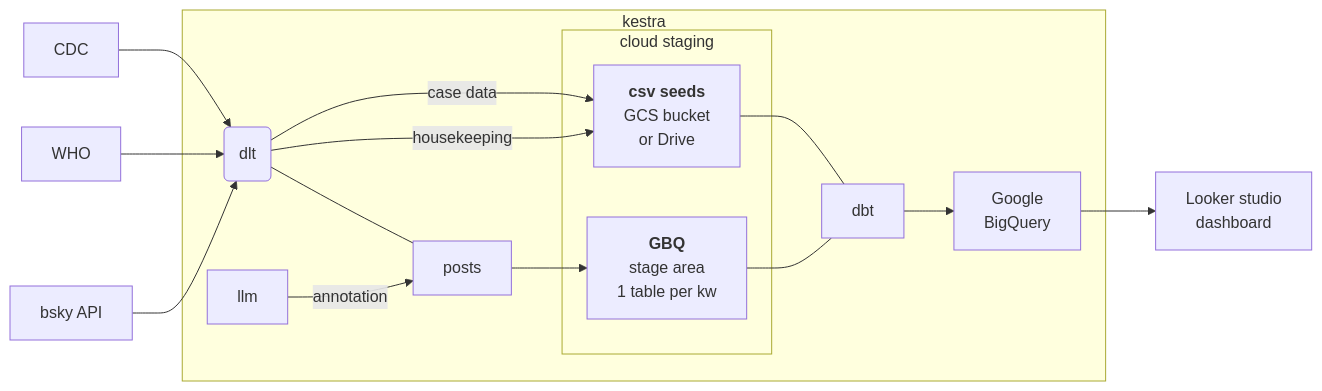
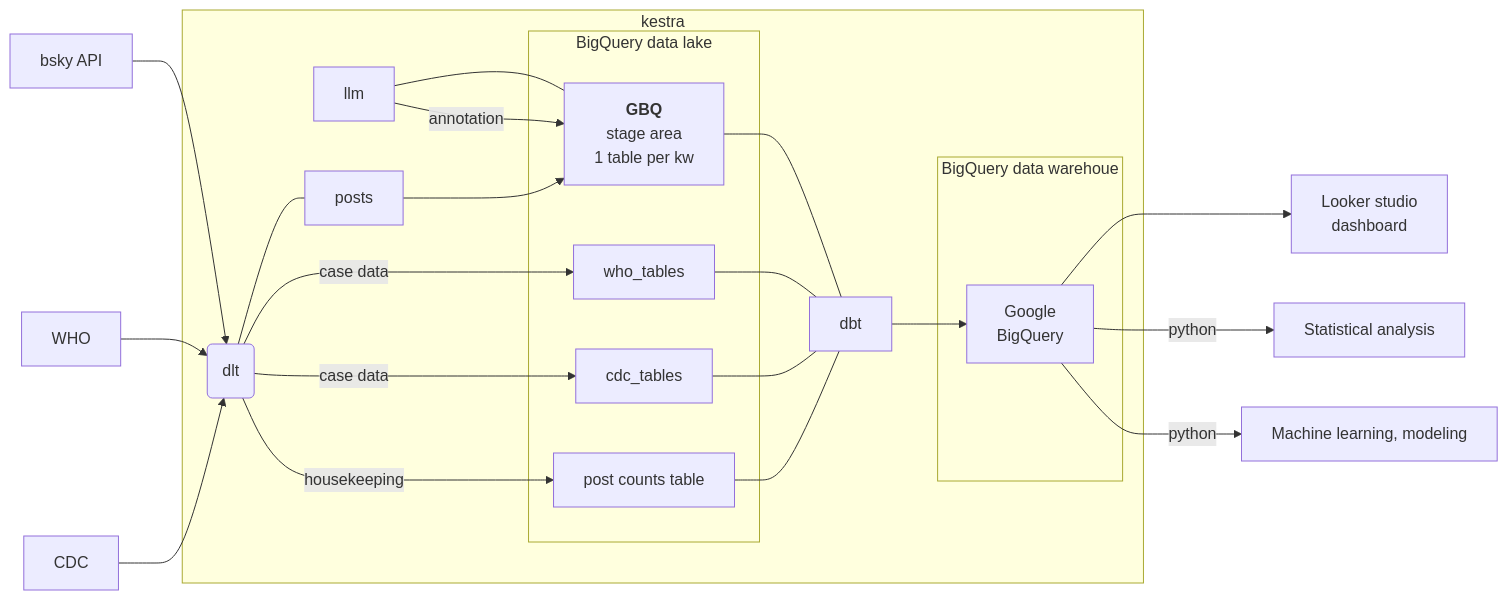
One commit to kantundpeterpan/bluesky_ddd_influenza changed the diagram in scratchpad.qmd. Above: the diagram before and after it, drawn with Mermaid. The commit also changed 1 other file, not shown here.

Commit message:
update scratchpad

````diff
--- a/scratchpad.qmd
+++ b/scratchpad.qmd
@@ -17,22 +17,33 @@
 ```{mermaid}
 graph LR
     subgraph kestra 
         dlt(dlt) --- posts
-        llm -- annotation --> posts
+        llm --- bqstaging
+        llm -- annotation --> bqstaging
         posts --> bqstaging[<b>GBQ</b> \n stage area \n 1 table per kw]
-        dlt -- housekeeping --> csv
-        dlt -- case data --> csv
-        subgraph cloud staging
+        dlt -- housekeeping --> count
+        dlt -- case data --> who_tables
+        dlt -- case data --> cdc_tables
+        subgraph BigQuery data lake
           bqstaging
-          csv[<b>csv seeds</b> \n GCS bucket \n or Drive]
+          who_tables
+          cdc_tables
+          count[post counts table]
         end
         bqstaging --- dbt
-        csv --- dbt
+        who_tables --- dbt
+        cdc_tables --- dbt
+        count --- dbt
         dbt --> bq[Google \n BigQuery]
+        subgraph BigQuery data warehoue
+          bq
+        end
     end
 
     bsky[bsky API] --> dlt
     WHO --> dlt
     CDC --> dlt
     bq --> looker[Looker studio \n dashboard]
+    bq -- python --> stat1[Statistical analysis]
+    bq -- python --> stat2[Machine learning, modeling]
 ```
````
